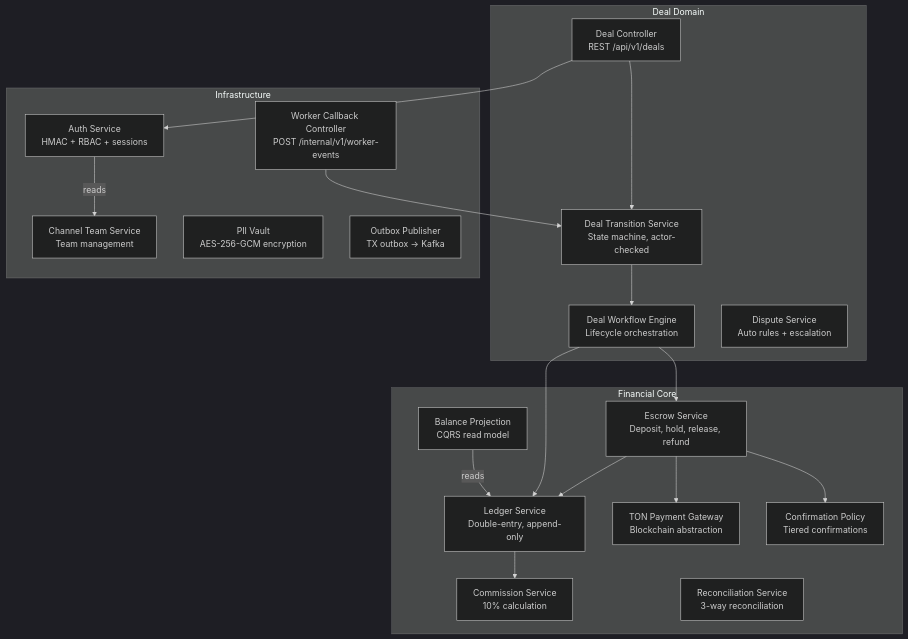
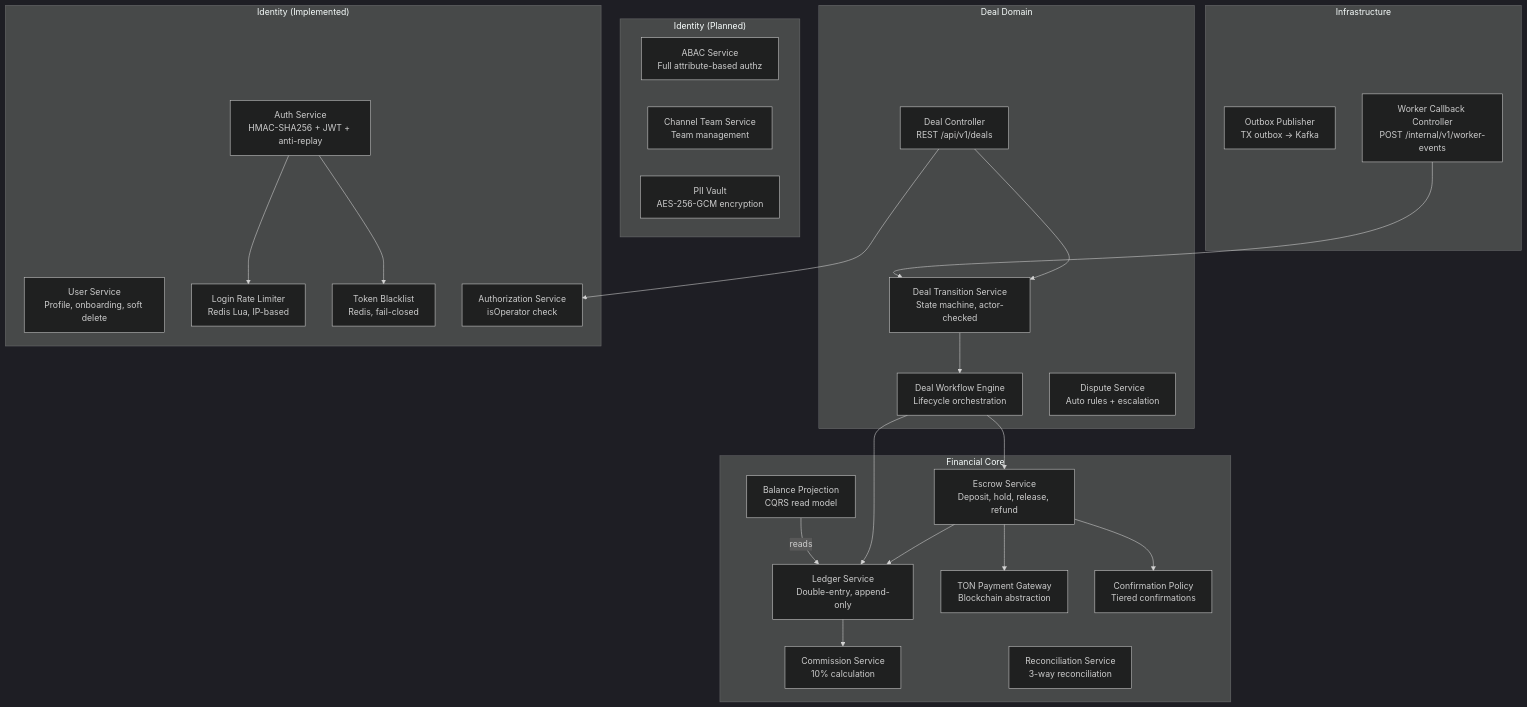
One commit to lonmstalker/advert-market changed the diagram in .memory-bank/04-architecture/03-backend-api-components.md. Above: the diagram before and after it, drawn with Mermaid (dark theme). The commit also changed other lines of this file and 11 other files, not shown here.

````diff
--- a/.memory-bank/04-architecture/03-backend-api-components.md
+++ b/.memory-bank/04-architecture/03-backend-api-components.md
@@ -9,38 +9,50 @@
 ```mermaid
 flowchart TB
     subgraph "Deal Domain"
         DC[Deal Controller<br/>REST /api/v1/deals]
         DTS[Deal Transition Service<br/>State machine, actor-checked]
         DWE[Deal Workflow Engine<br/>Lifecycle orchestration]
         DIS[Dispute Service<br/>Auto rules + escalation]
     end
 
     subgraph "Financial Core"
         LS[Ledger Service<br/>Double-entry, append-only]
         BP[Balance Projection<br/>CQRS read model]
         ES[Escrow Service<br/>Deposit, hold, release, refund]
         CS[Commission Service<br/>10% calculation]
         RS[Reconciliation Service<br/>3-way reconciliation]
         TPG[TON Payment Gateway<br/>Blockchain abstraction]
         CP[Confirmation Policy<br/>Tiered confirmations]
     end
 
-    subgraph "Infrastructure"
-        AS[Auth Service<br/>HMAC + RBAC + sessions]
+    subgraph "Identity (Implemented)"
+        AS[Auth Service<br/>HMAC-SHA256 + JWT + anti-replay]
+        US[User Service<br/>Profile, onboarding, soft delete]
+        RL[Login Rate Limiter<br/>Redis Lua, IP-based]
+        TB[Token Blacklist<br/>Redis, fail-closed]
+        AZ[Authorization Service<br/>isOperator check]
+    end
+
+    subgraph "Identity (Planned)"
+        ABAC[ABAC Service<br/>Full attribute-based authz]
         CTS[Channel Team Service<br/>Team management]
         PII[PII Vault<br/>AES-256-GCM encryption]
+    end
+
+    subgraph "Infrastructure"
         OP[Outbox Publisher<br/>TX outbox → Kafka]
         WCC[Worker Callback Controller<br/>POST /internal/v1/worker-events]
     end
 
     DC --> DTS --> DWE
-    DC --> AS
+    DC --> AZ
     DWE --> ES --> LS
     DWE --> LS
     ES --> TPG
     ES --> CP
     LS --> CS
     BP -->|reads| LS
     WCC --> DTS
-    AS -->|reads| CTS
+    AS --> RL
+    AS --> TB
 ```
````
